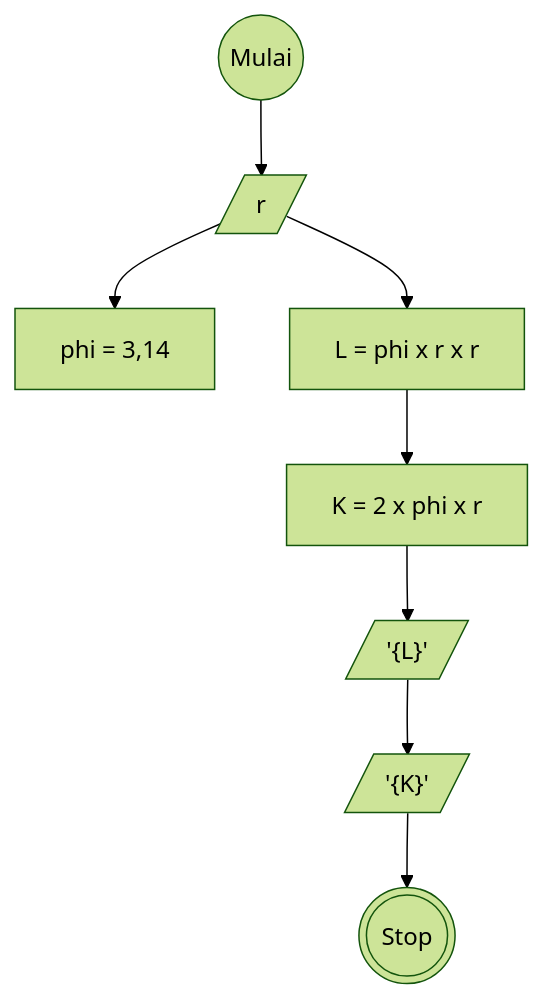
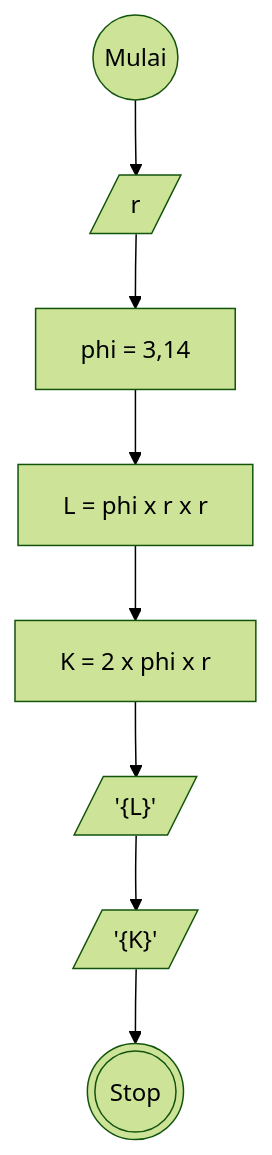
The diagram in luas-dan-keliling.md (MuhamadRafliShidiq/koda-b8-algoritma), drawn with Mermaid (forest theme) before and after one commit.

````diff
--- a/luas-dan-keliling.md
+++ b/luas-dan-keliling.md
@@ -21,22 +21,22 @@
 ```mermaid
 
     flowchart TD
 
     a@{ shape: circle, label: "Mulai" }
-    b@{ shape: rect, label: "phi = 3,14" }
-    c@{ shape: lean-r, label: " r" }
+    b@{ shape: lean-r, label: " r" }
+    c@{ shape: rect, label: "phi = 3,14" }
     d@{ shape: rect, label: "L = phi x r x r " }
     e@{ shape: rect, label: "K = 2 x phi x r " }
     f@{ shape: lean-r, label: "'{L}'" }
     g@{ shape: lean-r, label: "'{K}'" }
     h@{ shape: dbl-circ, label: "Stop" }
 
-    a --> c
-    c --> b
+    a --> b
+    b --> c
     c --> d
     d --> e
     e --> f
     f --> g
     g --> h
 
 ```
````
